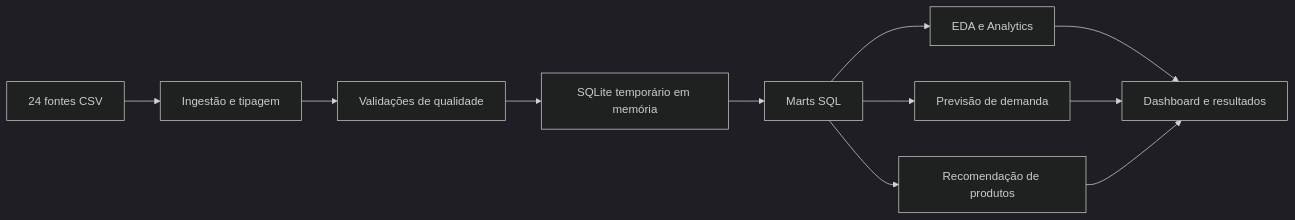
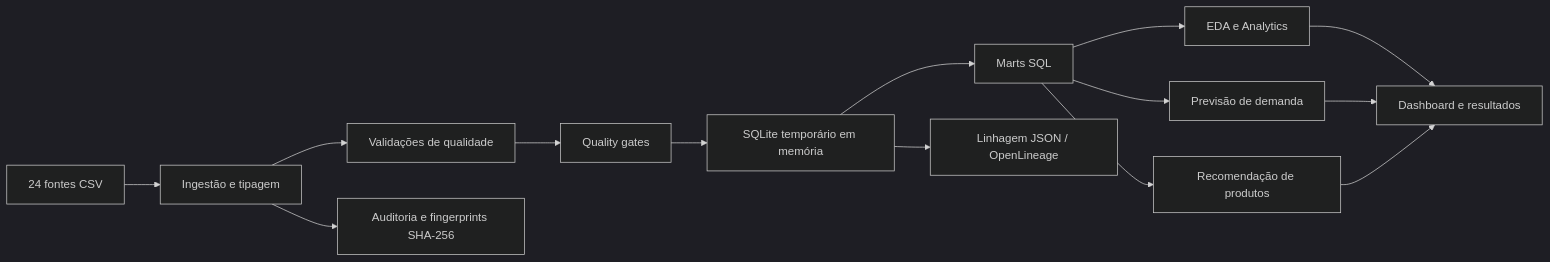
The diagram in README.md (josieleferreira/retail_data_platform), drawn with Mermaid (dark theme) before and after one commit. The commit also changed other lines of this file and 20 other files, not shown here.

````diff
--- a/README.md
+++ b/README.md
@@ -13,13 +13,16 @@
 ```mermaid
 flowchart LR
     A["24 fontes CSV"] --> B["Ingestão e tipagem"]
     B --> C["Validações de qualidade"]
-    C --> D["SQLite temporário em memória"]
+    C --> Q["Quality gates"]
+    Q --> D["SQLite temporário em memória"]
     D --> E["Marts SQL"]
     E --> F["EDA e Analytics"]
     E --> G["Previsão de demanda"]
     E --> H["Recomendação de produtos"]
     F --> I["Dashboard e resultados"]
     G --> I
     H --> I
+    B --> J["Auditoria e fingerprints SHA-256"]
+    D --> K["Linhagem JSON / OpenLineage"]
 ```
````
